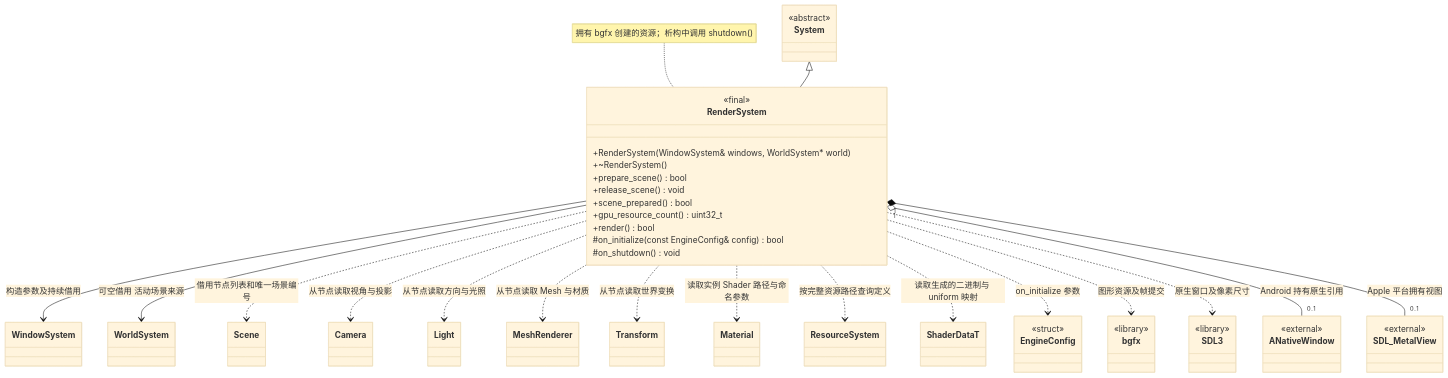
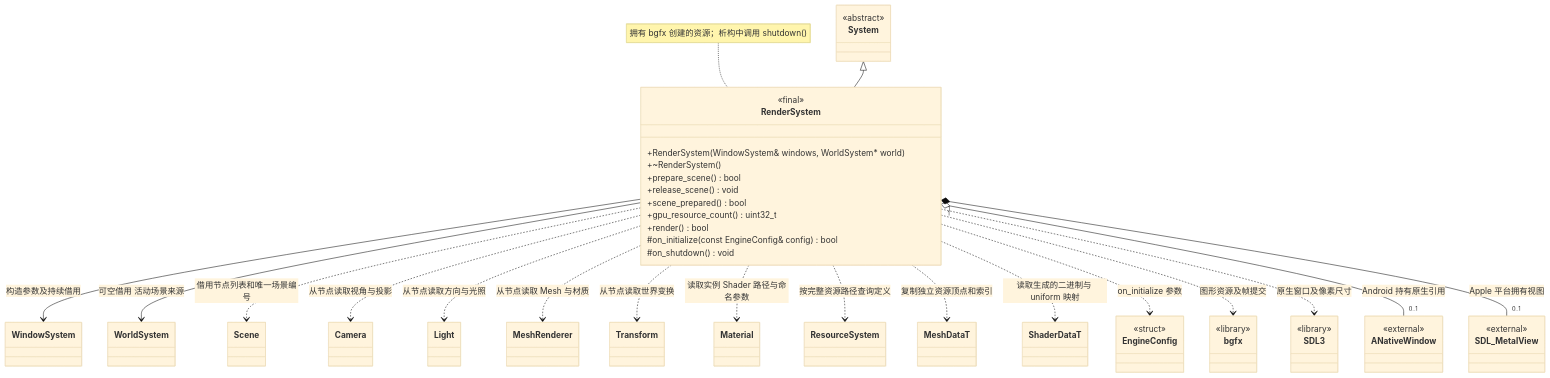
Before and after one commit to lcals/Engine: the diagram in docs/runtime/class-diagrams/render-system.md, drawn with Mermaid (base theme). The commit also changed other lines of this file and 114 other files, not shown here.

````diff
--- a/docs/runtime/class-diagrams/render-system.md
+++ b/docs/runtime/class-diagrams/render-system.md
@@ -7,61 +7,63 @@
 ```mermaid
 classDiagram
     direction TB
     class RenderSystem {
         <<final>>
         +RenderSystem(WindowSystem& windows, WorldSystem* world)
         +~RenderSystem()
         +prepare_scene() bool
         +release_scene() void
         +scene_prepared() bool
         +gpu_resource_count() uint32_t
         +render() bool
         #on_initialize(const EngineConfig& config) bool
         #on_shutdown() void
     }
     class System {
         <<abstract>>
     }
     class WindowSystem
     class WorldSystem
     class Scene
     class Camera
     class Light
     class MeshRenderer
     class Transform
     class Material
     class ResourceSystem
+    class MeshDataT
     class ShaderDataT
     class EngineConfig {
         <<struct>>
     }
     class bgfx {
         <<library>>
     }
     class SDL3 {
         <<library>>
     }
     class ANativeWindow {
         <<external>>
     }
     class SDL_MetalView {
         <<external>>
     }
     System <|-- RenderSystem
     RenderSystem --> WindowSystem : 构造参数及持续借用
     RenderSystem --> WorldSystem : 可空借用 活动场景来源
     RenderSystem ..> Scene : 借用节点列表和唯一场景编号
     RenderSystem ..> Camera : 从节点读取视角与投影
     RenderSystem ..> Light : 从节点读取方向与光照
     RenderSystem ..> MeshRenderer : 从节点读取 Mesh 与材质
     RenderSystem ..> Transform : 从节点读取世界变换
     RenderSystem ..> Material : 读取实例 Shader 路径与命名参数
     RenderSystem ..> ResourceSystem : 按完整资源路径查询定义
+    RenderSystem ..> MeshDataT : 复制独立资源顶点和索引
     RenderSystem ..> ShaderDataT : 读取生成的二进制与 uniform 映射
     RenderSystem ..> EngineConfig : on_initialize 参数
     RenderSystem ..> bgfx : 图形资源及帧提交
     RenderSystem ..> SDL3 : 原生窗口及像素尺寸
     RenderSystem "1" o-- "0..1" ANativeWindow : Android 持有原生引用
     RenderSystem "1" *-- "0..1" SDL_MetalView : Apple 平台拥有视图
     note for RenderSystem "拥有 bgfx 创建的资源；析构中调用 shutdown()"
 ```
````
